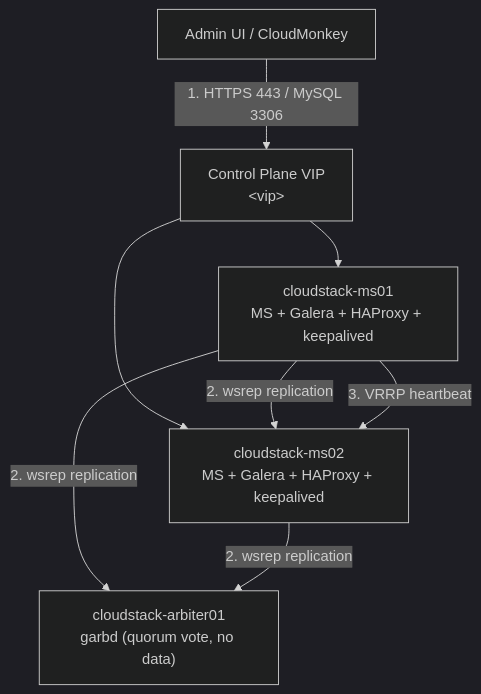
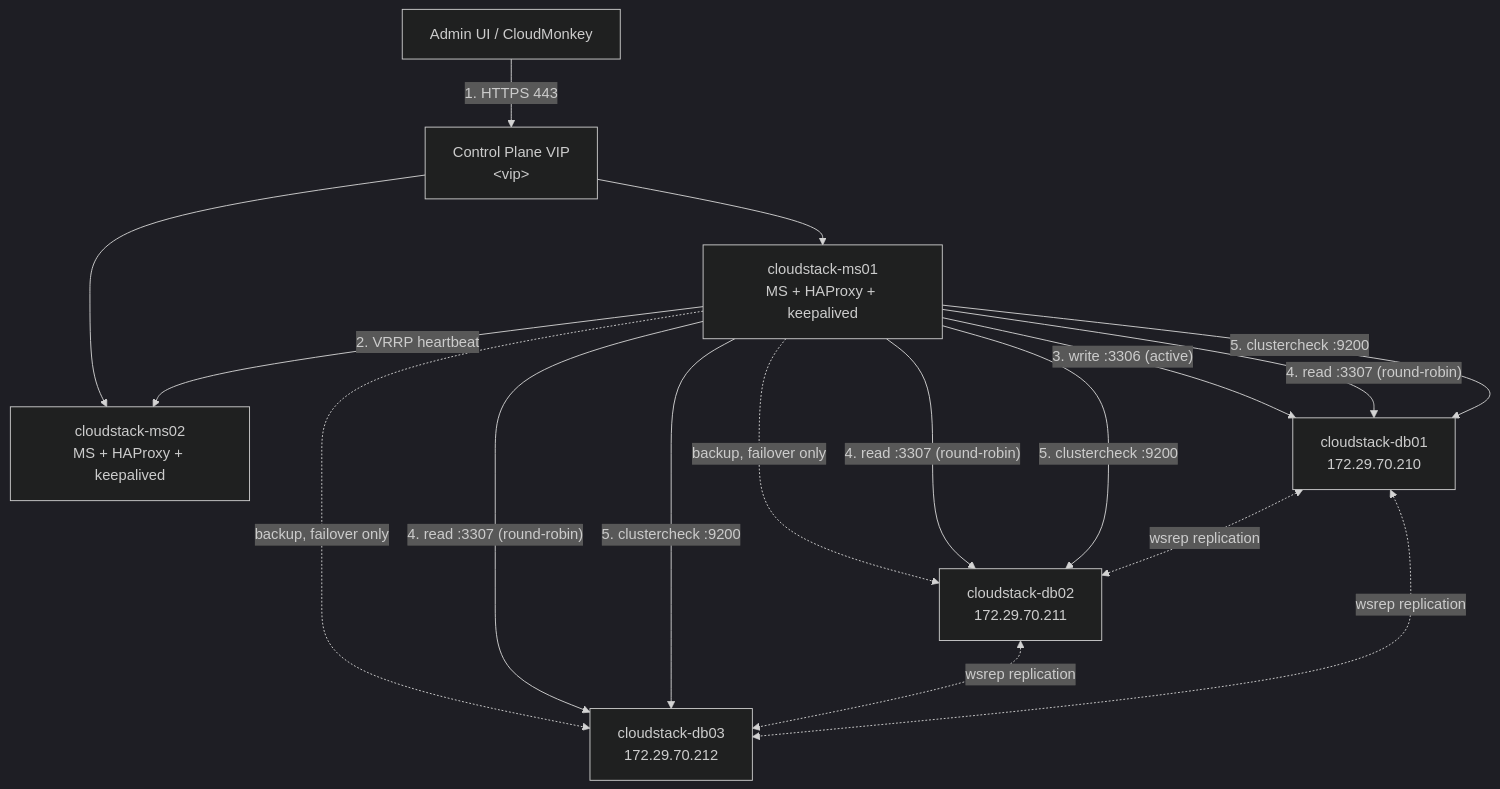
The diagram in Cloud/Cloudstack/lab/CloudStack Control Plane - Triển khai Management Server HA và Galera Database.md (Tn9hia/technotes), drawn with Mermaid (dark theme) before and after one commit. The commit also changed other lines of this file and 22 other files, not shown here.

````diff
--- a/Cloud/Cloudstack/lab/CloudStack Control Plane - Triển khai Management Server HA và Galera Database.md
+++ b/Cloud/Cloudstack/lab/CloudStack Control Plane - Triển khai Management Server HA và Galera Database.md
@@ -56,10 +67,21 @@
 ```mermaid
 flowchart TD
-    UI[Admin UI / CloudMonkey] -- "1. HTTPS 443 / MySQL 3306" --> VIP["Control Plane VIP<br/>&lt;vip&gt;"]
-    VIP --> MS1["cloudstack-ms01<br/>MS + Galera + HAProxy + keepalived"]
-    VIP --> MS2["cloudstack-ms02<br/>MS + Galera + HAProxy + keepalived"]
-    MS1 -- "2. wsrep replication" --> MS2
-    MS1 -- "2. wsrep replication" --> ARB["cloudstack-arbiter01<br/>garbd (quorum vote, no data)"]
-    MS2 -- "2. wsrep replication" --> ARB
-    MS1 -- "3. VRRP heartbeat" --> MS2
+    UI[Admin UI / CloudMonkey] -- "1. HTTPS 443" --> VIP["Control Plane VIP<br/>&lt;vip&gt;"]
+    VIP --> MS1["cloudstack-ms01<br/>MS + HAProxy + keepalived"]
+    VIP --> MS2["cloudstack-ms02<br/>MS + HAProxy + keepalived"]
+    MS1 -- "2. VRRP heartbeat" --> MS2
+
+    MS1 -- "3. write :3306 (active)" --> DB1
+    MS1 -. "backup, failover only" .-> DB2
+    MS1 -. "backup, failover only" .-> DB3
+    MS1 -- "4. read :3307 (round-robin)" --> DB1
+    MS1 -- "4. read :3307 (round-robin)" --> DB2
+    MS1 -- "4. read :3307 (round-robin)" --> DB3
+    MS1 -- "5. clustercheck :9200" --> DB1
+    MS1 -- "5. clustercheck :9200" --> DB2
+    MS1 -- "5. clustercheck :9200" --> DB3
+
+    DB1["cloudstack-db01<br/>172.29.70.210"] <-. "wsrep replication" .-> DB2["cloudstack-db02<br/>172.29.70.211"]
+    DB2 <-. "wsrep replication" .-> DB3["cloudstack-db03<br/>172.29.70.212"]
+    DB1 <-. "wsrep replication" .-> DB3
 ```
````
